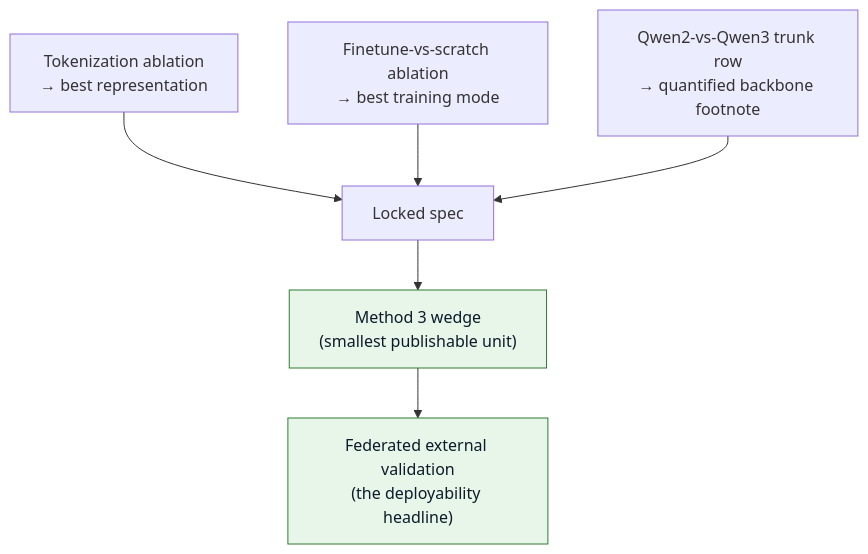
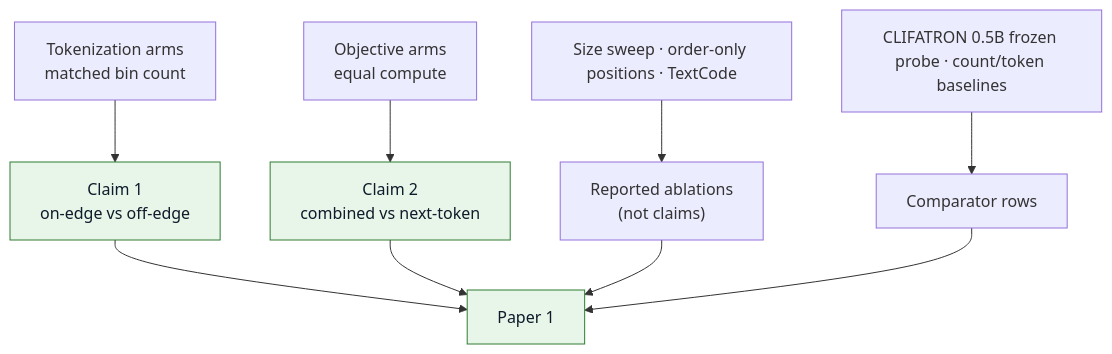
One commit to sajor2000/clifatron2.0 changed the fourth of 4 diagrams in website/docs/ablations.md. Above: the diagram before and after it, drawn with Mermaid. The commit also changed other lines of this file and 15 other files, not shown here.

First line of the commit message:
docs: describe the three-claim model, objective and extubation study as built (U19)

````diff
--- a/website/docs/ablations.md
+++ b/website/docs/ablations.md
@@ -128,11 +196,14 @@
 ```mermaid
 flowchart TB
-    T1["Tokenization ablation<br/>→ best representation"] --> SPEC["Locked spec"]
-    T2["Finetune-vs-scratch ablation<br/>→ best training mode"] --> SPEC
-    T3["Qwen2-vs-Qwen3 trunk row<br/>→ quantified backbone footnote"] --> SPEC
-    SPEC --> M3["Method 3 wedge<br/>(smallest publishable unit)"]
-    M3 --> FED["Federated external validation<br/>(the deployability headline)"]
+    T1["Tokenization arms<br/>matched bin count"] --> C1["Claim 1<br/>on-edge vs off-edge"]
+    T2["Objective arms<br/>equal compute"] --> C2["Claim 2<br/>combined vs next-token"]
+    T3["Size sweep · order-only positions · TextCode"] --> AB["Reported ablations<br/>(not claims)"]
+    T4["CLIFATRON 0.5B frozen probe · count/token baselines"] --> CMP["Comparator rows"]
+    C1 --> P1["Paper 1"]
+    C2 --> P1
+    AB --> P1
+    CMP --> P1
 
     classDef out fill:#e8f5e9,stroke:#2e7d32,color:#0d1b2a;
-    class M3,FED out;
+    class C1,C2,P1 out;
 ```
````
